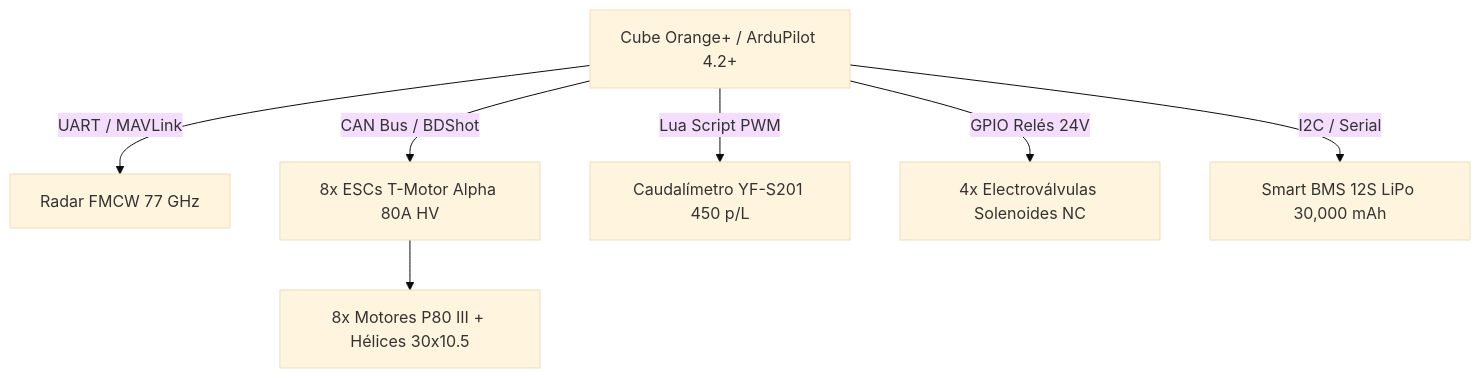
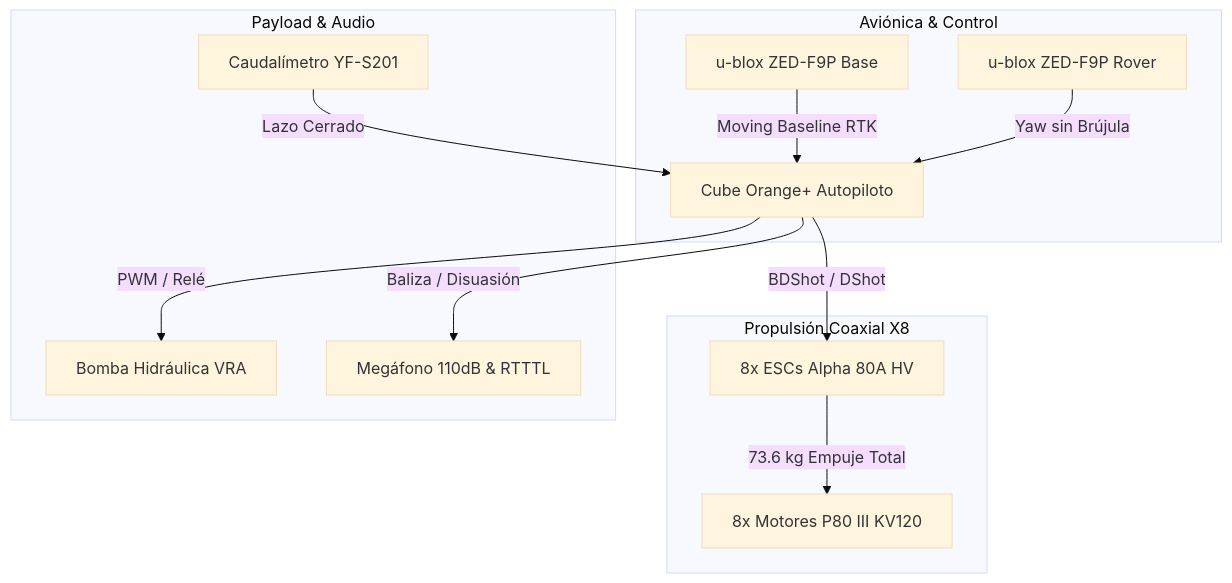
The diagram in README.md (Weldimer/Prototipo-Dron-Agricola-Perlaco), drawn with Mermaid (base theme) before and after one commit. The commit also changed other lines of this file and 2 other files, not shown here.

````diff
--- a/README.md
+++ b/README.md
@@ -16,9 +19,26 @@
 ```mermaid
 graph TD
-    A[Cube Orange+ / ArduPilot 4.2+] -->|UART / MAVLink| B[Radar FMCW 77 GHz]
-    A -->|CAN Bus / BDShot| C[8x ESCs T-Motor Alpha 80A HV]
-    C --> D[8x Motores P80 III + Hélices 30x10.5]
-    A -->|Lua Script PWM| E[Caudalímetro YF-S201 450 p/L]
-    A -->|GPIO Relés 24V| F[4x Electroválvulas Solenoides NC]
-    A -->|I2C / Serial| G[Smart BMS 12S LiPo 30,000 mAh]
+    subgraph Aviónica & Control
+        Cube[Cube Orange+ Autopiloto]
+        GPS1[u-blox ZED-F9P Base]
+        GPS2[u-blox ZED-F9P Rover]
+        GPS1 -->|Moving Baseline RTK| Cube
+        GPS2 -->|Yaw sin Brújula| Cube
+    end
+
+    subgraph Propulsión Coaxial X8
+        ESCs[8x ESCs Alpha 80A HV]
+        Motors[8x Motores P80 III KV120]
+        Cube -->|BDShot / DShot| ESCs
+        ESCs -->|73.6 kg Empuje Total| Motors
+    end
+
+    subgraph Payload & Audio
+        Pump[Bomba Hidráulica VRA]
+        Flow[Caudalímetro YF-S201]
+        Audio[Megáfono 110dB & RTTTL]
+        Cube -->|PWM / Relé| Pump
+        Flow -->|Lazo Cerrado| Cube
+        Cube -->|Baliza / Disuasión| Audio
+    end
 ```
````
